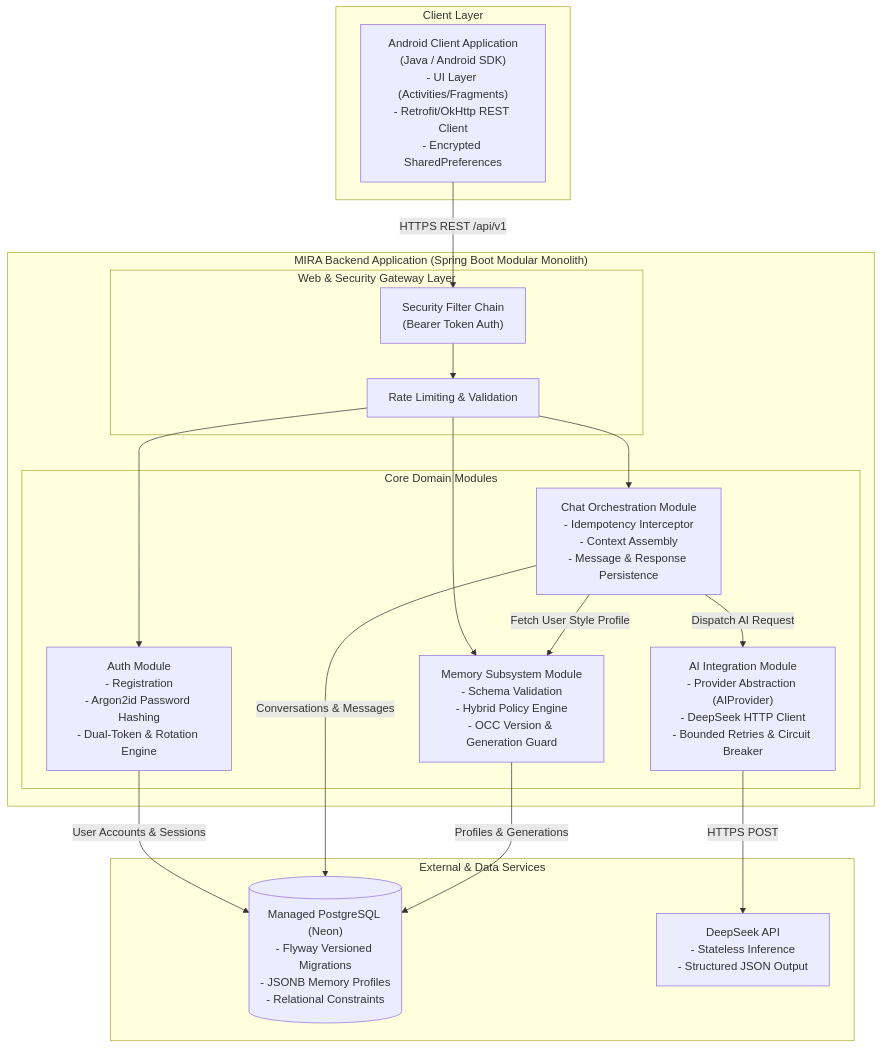
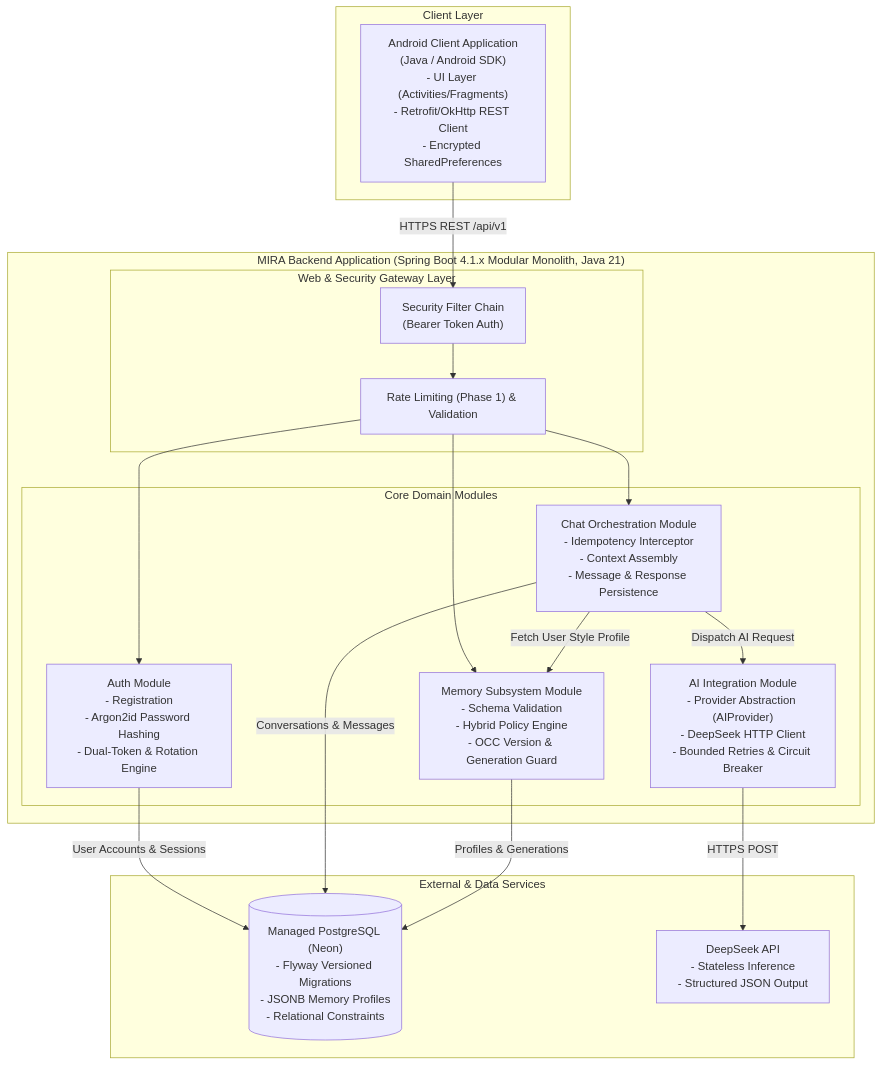
The first of 3 diagrams in docs/02-architecture.md (Bryan1805a/MIRA), drawn with Mermaid before and after one commit. The commit also changed other lines of this file and 14 other files, not shown here.

First line of the commit message:
docs: reconcile specs with delivered backend and open Phase 1

````diff
--- a/docs/02-architecture.md
+++ b/docs/02-architecture.md
@@ -37,39 +38,39 @@
 ```mermaid
 flowchart TD
     subgraph ClientBoundary ["Client Layer"]
         AndroidClient["Android Client Application\n(Java / Android SDK)\n- UI Layer (Activities/Fragments)\n- Retrofit/OkHttp REST Client\n- Encrypted SharedPreferences"]
     end
 
-    subgraph BackendBoundary ["MIRA Backend Application (Spring Boot Modular Monolith)"]
+    subgraph BackendBoundary ["MIRA Backend Application (Spring Boot 4.1.x Modular Monolith, Java 21)"]
         subgraph Gateway ["Web & Security Gateway Layer"]
             SecFilter["Security Filter Chain\n(Bearer Token Auth)"]
-            RateLimiter["Rate Limiting & Validation"]
+            RateLimiter["Rate Limiting (Phase 1) & Validation"]
         end
 
         subgraph CoreModules ["Core Domain Modules"]
             AuthMod["Auth Module\n- Registration\n- Argon2id Password Hashing\n- Dual-Token & Rotation Engine"]
             ChatMod["Chat Orchestration Module\n- Idempotency Interceptor\n- Context Assembly\n- Message & Response Persistence"]
             MemMod["Memory Subsystem Module\n- Schema Validation\n- Hybrid Policy Engine\n- OCC Version & Generation Guard"]
             AIMod["AI Integration Module\n- Provider Abstraction (AIProvider)\n- DeepSeek HTTP Client\n- Bounded Retries & Circuit Breaker"]
         end
     end
 
     subgraph InfrastructureBoundary ["External & Data Services"]
         NeonDB[("Managed PostgreSQL (Neon)\n- Flyway Versioned Migrations\n- JSONB Memory Profiles\n- Relational Constraints")]
         DeepSeekService["DeepSeek API\n- Stateless Inference\n- Structured JSON Output"]
     end
 
     AndroidClient -->|HTTPS REST /api/v1| SecFilter
     SecFilter --> RateLimiter
     RateLimiter --> AuthMod
     RateLimiter --> ChatMod
     RateLimiter --> MemMod
 
     ChatMod -->|Fetch User Style Profile| MemMod
     ChatMod -->|Dispatch AI Request| AIMod
     AIMod -->|HTTPS POST| DeepSeekService
 
     AuthMod -->|User Accounts & Sessions| NeonDB
     ChatMod -->|Conversations & Messages| NeonDB
     MemMod -->|Profiles & Generations| NeonDB
 ```
````
